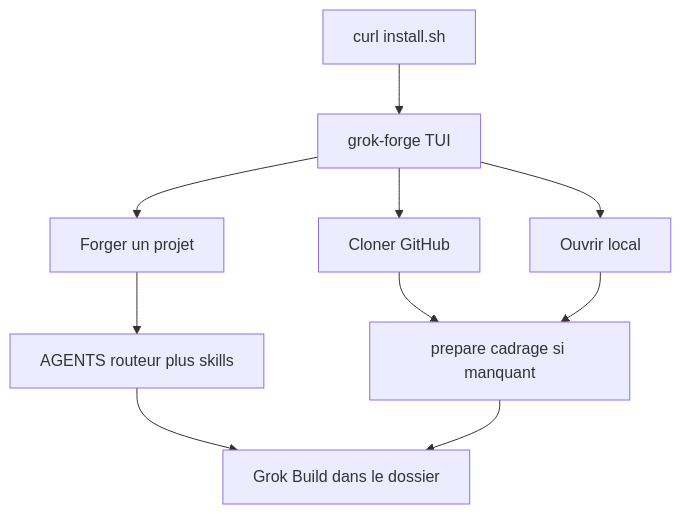
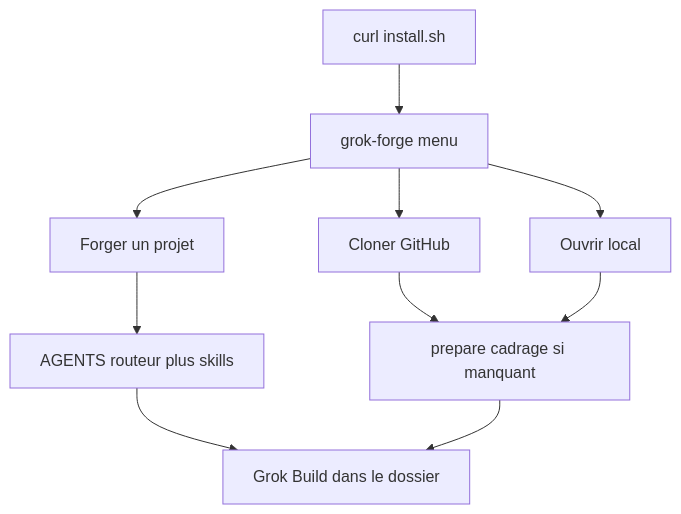
The first of 3 diagrams in docs/lifecycle.md (palarchsys/grok-forge), drawn with Mermaid before and after one commit. The commit also changed other lines of this file and 10 other files, not shown here.

First line of the commit message:
feat: menu terminal SSH a la place du TUI Textual

````diff
--- a/docs/lifecycle.md
+++ b/docs/lifecycle.md
@@ -7,12 +7,12 @@
 ```mermaid
 flowchart TB
-  I[curl install.sh] --> T[grok-forge TUI]
+  I[curl install.sh] --> T[grok-forge menu]
   T --> N[Forger un projet]
   T --> C[Cloner GitHub]
   T --> L[Ouvrir local]
   N --> F[AGENTS routeur plus skills]
   C --> P[prepare cadrage si manquant]
   L --> P
   F --> G[Grok Build dans le dossier]
   P --> G
 ```
````
